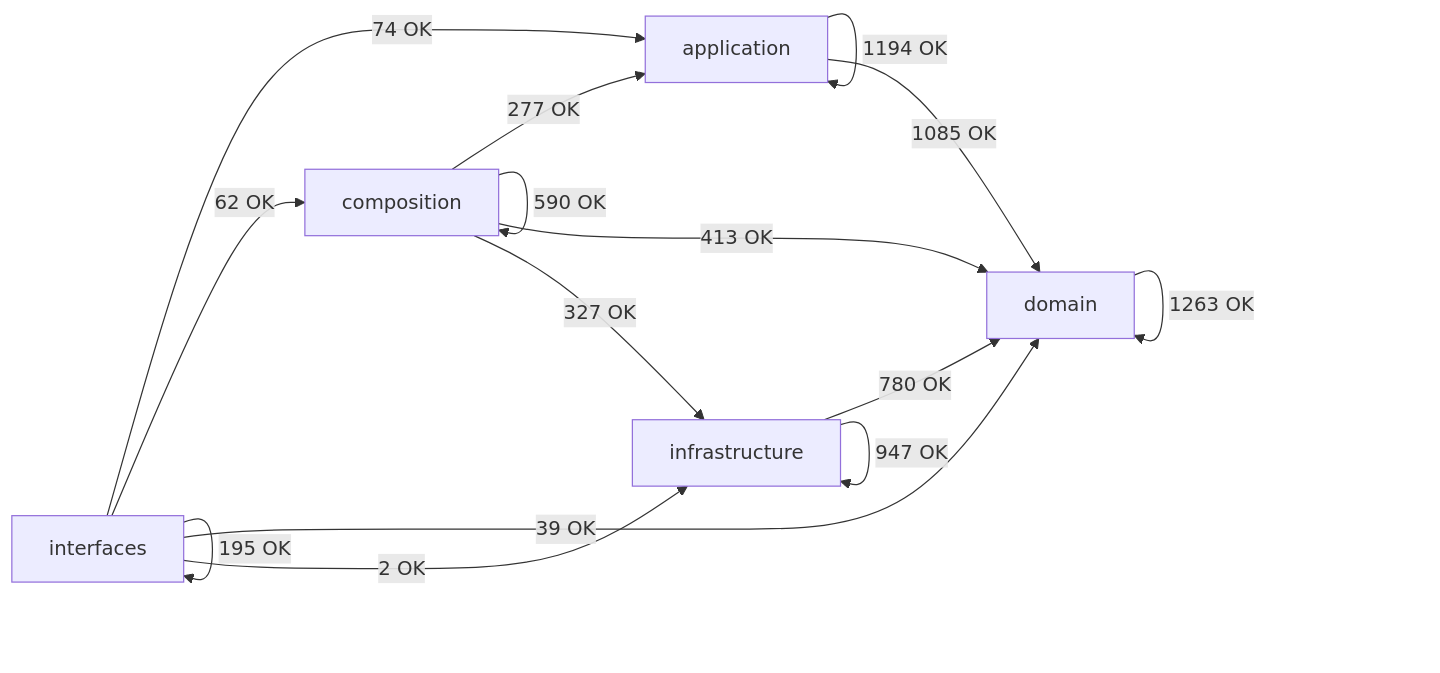
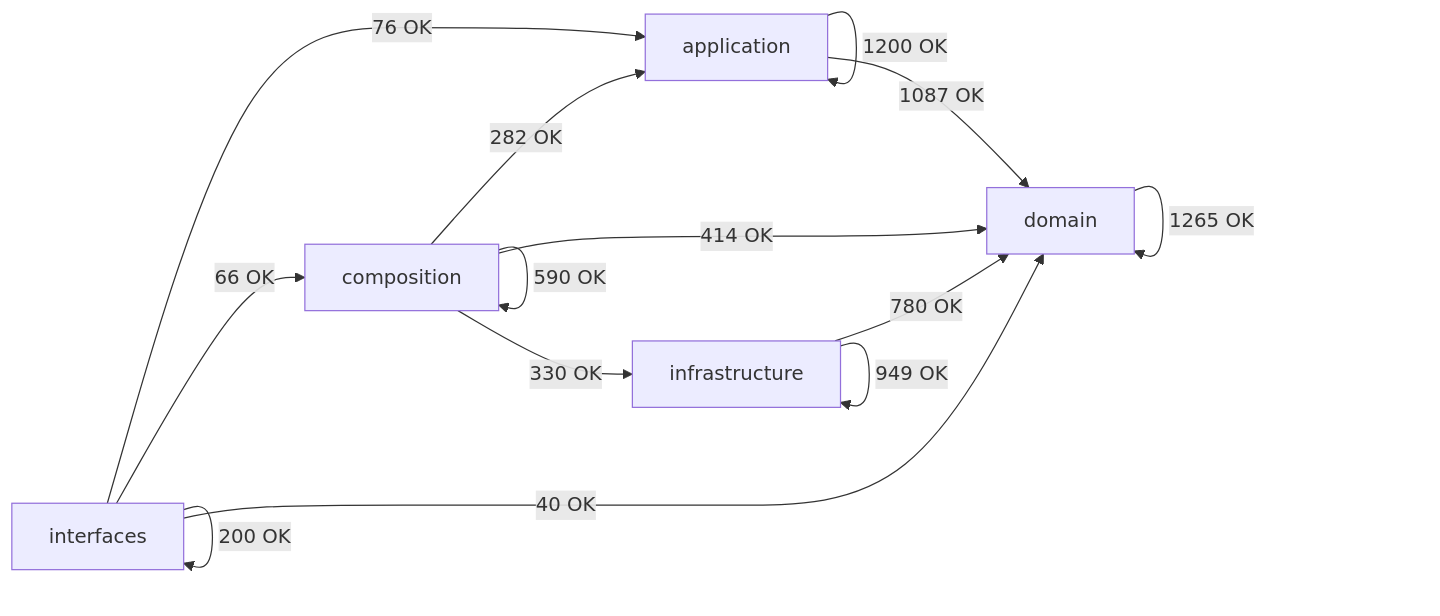
Before and after one commit to SatoryKono/BioactivityDataAcquisition: the diagram in docs/02-architecture/generated/module-dependency-map.md, drawn with Mermaid. The commit also changed other lines of this file and 140 other files, not shown here.

````diff
--- a/docs/02-architecture/generated/module-dependency-map.md
+++ b/docs/02-architecture/generated/module-dependency-map.md
@@ -17,22 +17,21 @@
 ```mermaid
 flowchart LR
     domain[domain]
     application[application]
     infrastructure[infrastructure]
     composition[composition]
     interfaces[interfaces]
-    application -->|1194 OK| application
-    application -->|1085 OK| domain
-    composition -->|277 OK| application
+    application -->|1200 OK| application
+    application -->|1087 OK| domain
+    composition -->|282 OK| application
     composition -->|590 OK| composition
-    composition -->|413 OK| domain
-    composition -->|327 OK| infrastructure
-    domain -->|1263 OK| domain
+    composition -->|414 OK| domain
+    composition -->|330 OK| infrastructure
+    domain -->|1265 OK| domain
     infrastructure -->|780 OK| domain
-    infrastructure -->|947 OK| infrastructure
-    interfaces -->|74 OK| application
-    interfaces -->|62 OK| composition
-    interfaces -->|39 OK| domain
-    interfaces -->|2 OK| infrastructure
-    interfaces -->|195 OK| interfaces
+    infrastructure -->|949 OK| infrastructure
+    interfaces -->|76 OK| application
+    interfaces -->|66 OK| composition
+    interfaces -->|40 OK| domain
+    interfaces -->|200 OK| interfaces
 ```
````
